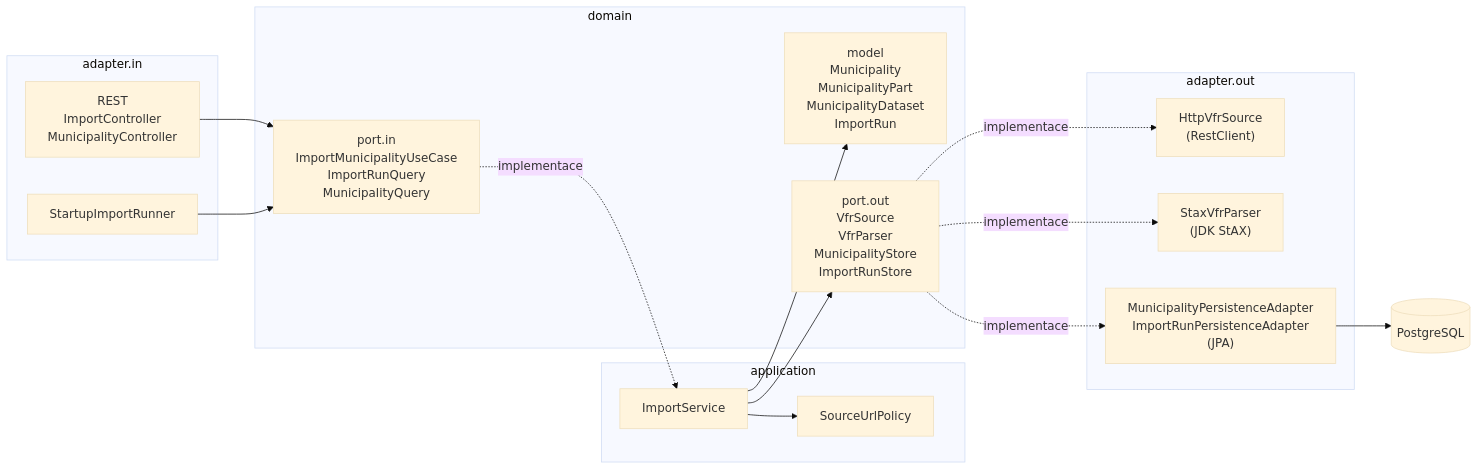
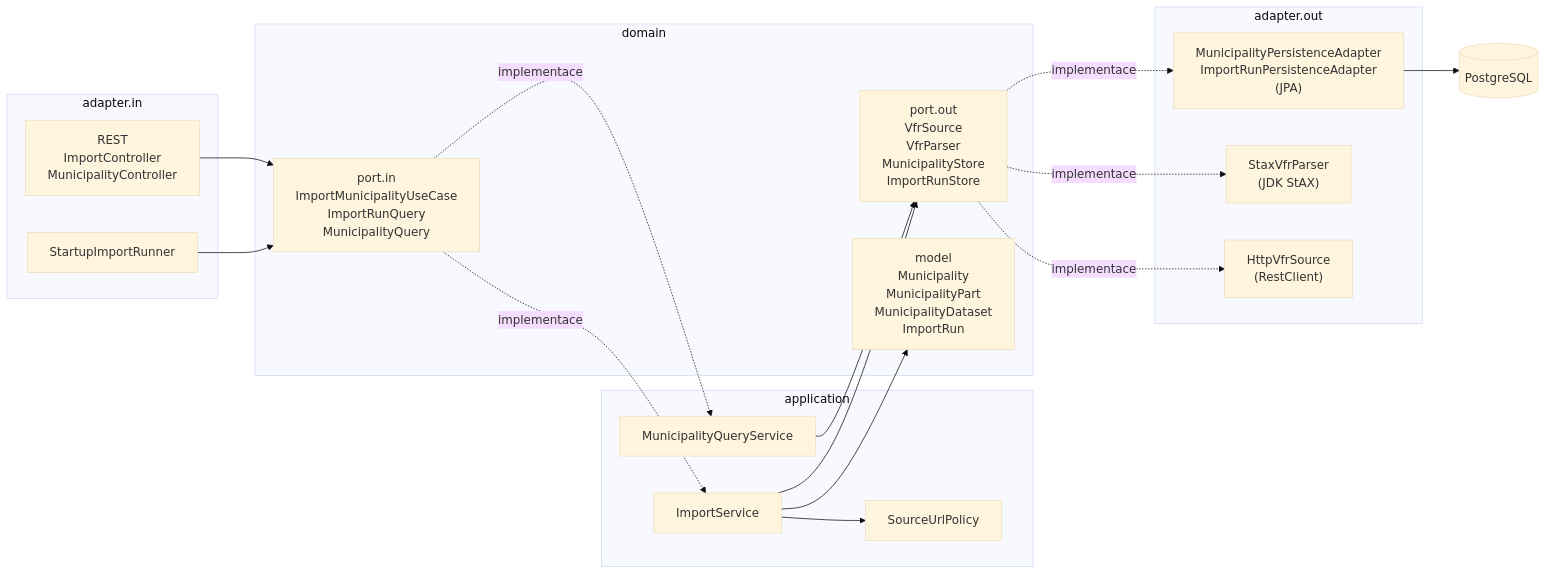
The diagram in README.md (vojtahubner/ruian-importer), drawn with Mermaid (base theme) before and after one commit. The commit also changed other lines of this file and 15 other files, not shown here.

````diff
--- a/README.md
+++ b/README.md
@@ -163,33 +168,36 @@
 ```mermaid
 flowchart LR
     subgraph inbound["adapter.in"]
         web["REST<br/>ImportController<br/>MunicipalityController"]
         startup["StartupImportRunner"]
     end
     subgraph application["application"]
         services["ImportService"]
+        queries["MunicipalityQueryService"]
         policy["SourceUrlPolicy"]
     end
     subgraph domain["domain"]
         portsIn["port.in<br/>ImportMunicipalityUseCase<br/>ImportRunQuery<br/>MunicipalityQuery"]
         model["model<br/>Municipality<br/>MunicipalityPart<br/>MunicipalityDataset<br/>ImportRun"]
         portsOut["port.out<br/>VfrSource<br/>VfrParser<br/>MunicipalityStore<br/>ImportRunStore"]
     end
     subgraph outbound["adapter.out"]
         httpSource["HttpVfrSource<br/>(RestClient)"]
         staxParser["StaxVfrParser<br/>(JDK StAX)"]
         persistence["MunicipalityPersistenceAdapter<br/>ImportRunPersistenceAdapter<br/>(JPA)"]
     end
     postgres[("PostgreSQL")]
 
     web --> portsIn
     startup --> portsIn
     portsIn -.->|implementace| services
+    portsIn -.->|implementace| queries
     services --> policy
     services --> model
     services --> portsOut
+    queries --> portsOut
     portsOut -.->|implementace| httpSource
     portsOut -.->|implementace| staxParser
     portsOut -.->|implementace| persistence
     persistence --> postgres
 ```
````
